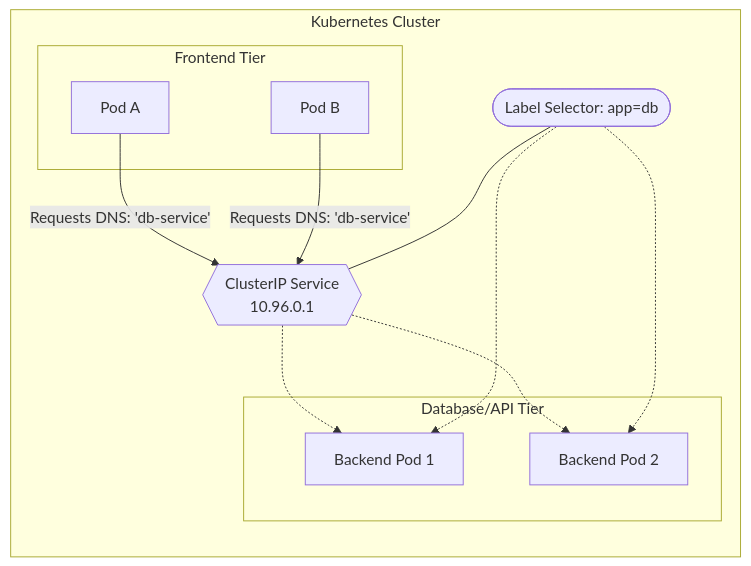
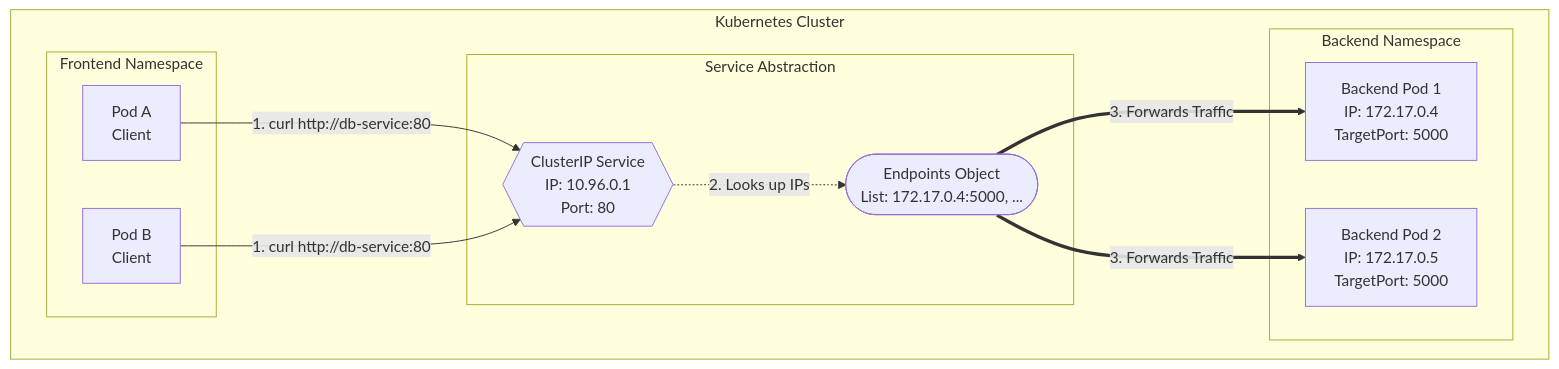
One commit to Aravind-devops-1/devops_ganesh changed the fourth of 9 diagrams in 04-networking/04.01-Networking_Intro.md. Above: the diagram before and after it, drawn with Mermaid. The commit also changed other lines of this file, not shown here.

````diff
--- a/04-networking/04.01-Networking_Intro.md
+++ b/04-networking/04.01-Networking_Intro.md
@@ -135,31 +135,31 @@
 ```mermaid
-graph LR
+graph TD
     subgraph K8sCluster [Kubernetes Cluster]
         
-        subgraph Consumers [Frontend Tier]
-            A[Pod A]
-            B[Pod B]
+        %% 1. The Consumers
+        subgraph Consumers [Frontend Namespace]
+            A[Pod A<br/>Client] 
+            B[Pod B<br/>Client]
         end
 
-        S{{ClusterIP Service <br/> 10.96.0.1}}
+        %% 2. The Abstraction Layer (Service & Endpoints)
+        subgraph ServiceLayer [Service Abstraction]
+            svc{{ClusterIP Service<br/>IP: 10.96.0.1<br/>Port: 80}}
+            ep([Endpoints Object<br/>List: 172.17.0.4:5000, ...])
+        end
         
-        subgraph Backends [Database/API Tier]
-            P1[Backend Pod 1]
-            P2[Backend Pod 2]
+        %% 3. The Actual Destinations
+        subgraph Backends [Backend Namespace]
+            P1[Backend Pod 1<br/>IP: 172.17.0.4<br/>TargetPort: 5000]
+            P2[Backend Pod 2<br/>IP: 172.17.0.5<br/>TargetPort: 5000]
         end
 
-        Selector([Label Selector: app=db])
+        %% Connections
+        A -- "1. curl http://db-service:80" --> svc
+        B -- "1. curl http://db-service:80" --> svc
+
+        svc -.->|"2. Looks up IPs"| ep
+        ep == "3. Forwards Traffic" ==> P1
+        ep == "3. Forwards Traffic" ==> P2
     end
-
-    %% Internal Traffic Flow
-    A -- "Requests DNS: 'db-service'" --> S
-    B -- "Requests DNS: 'db-service'" --> S
-    
-    S -.-> P1
-    S -.-> P2
-
-    %% Logical Connection
-    Selector -.-> P1
-    Selector -.-> P2
-    Selector --- S
 ```
````
